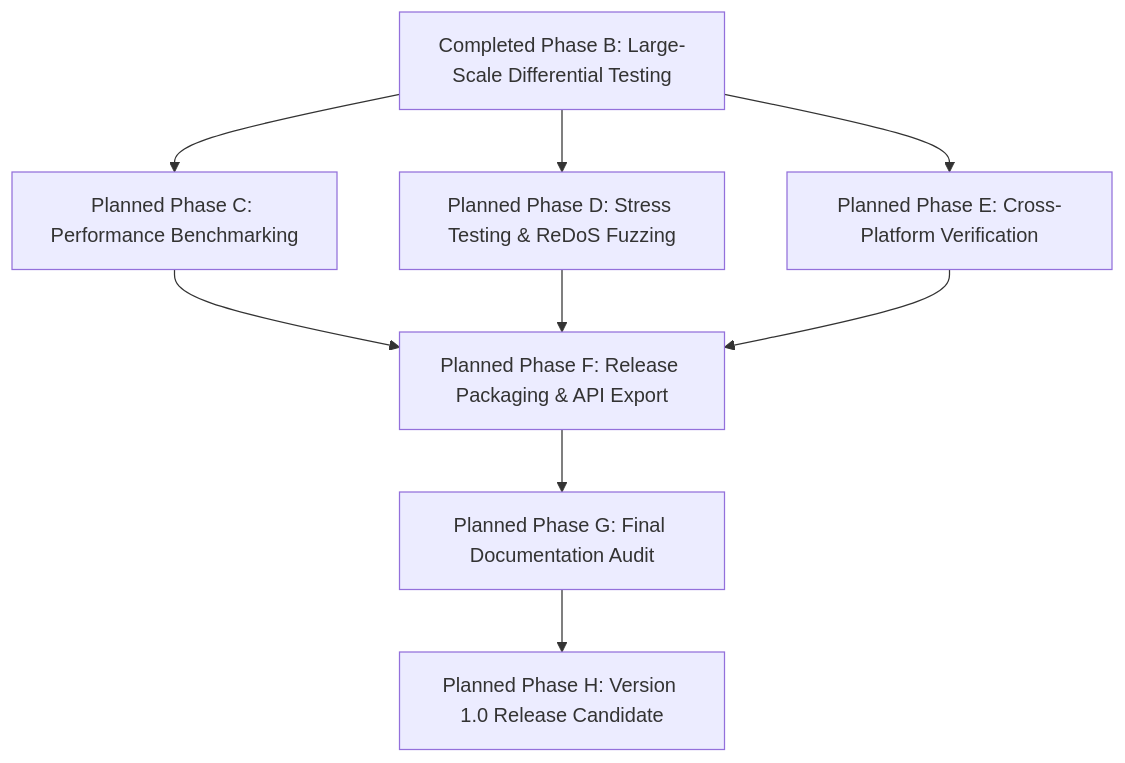
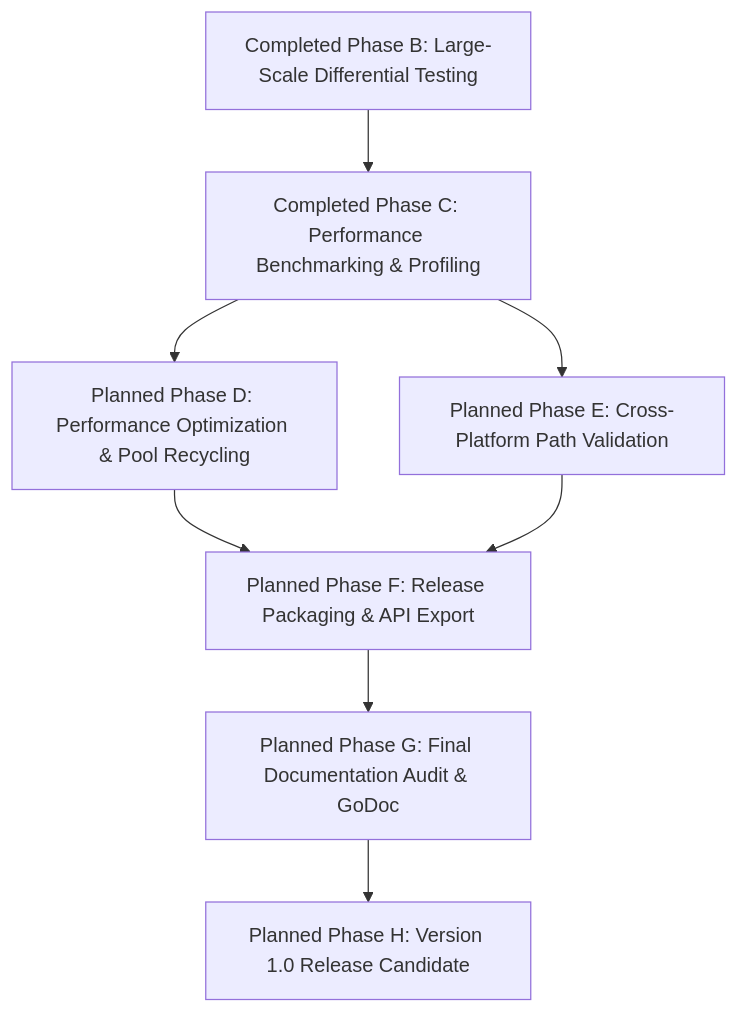
One commit to Sourav-Singhhh/PortMortem changed the diagram in RELEASE_PLAN.md. Above: the diagram before and after it, drawn with Mermaid. The commit also changed other lines of this file and 4 other files, not shown here.

````diff
--- a/RELEASE_PLAN.md
+++ b/RELEASE_PLAN.md
@@ -177,11 +180,10 @@
 ```mermaid
 graph TD
-    B["Completed Phase B: Large-Scale Differential Testing"] --> C["Planned Phase C: Performance Benchmarking"]
-    B --> D["Planned Phase D: Stress Testing & ReDoS Fuzzing"]
-    B --> E["Planned Phase E: Cross-Platform Verification"]
-    C --> F["Planned Phase F: Release Packaging & API Export"]
-    D --> F
+    B["Completed Phase B: Large-Scale Differential Testing"] --> C["Completed Phase C: Performance Benchmarking & Profiling"]
+    C --> D["Planned Phase D: Performance Optimization & Pool Recycling"]
+    C --> E["Planned Phase E: Cross-Platform Path Validation"]
+    D --> F["Planned Phase F: Release Packaging & API Export"]
     E --> F
-    F --> G["Planned Phase G: Final Documentation Audit"]
+    F --> G["Planned Phase G: Final Documentation Audit & GoDoc"]
     G --> H["Planned Phase H: Version 1.0 Release Candidate"]
 ```
````
